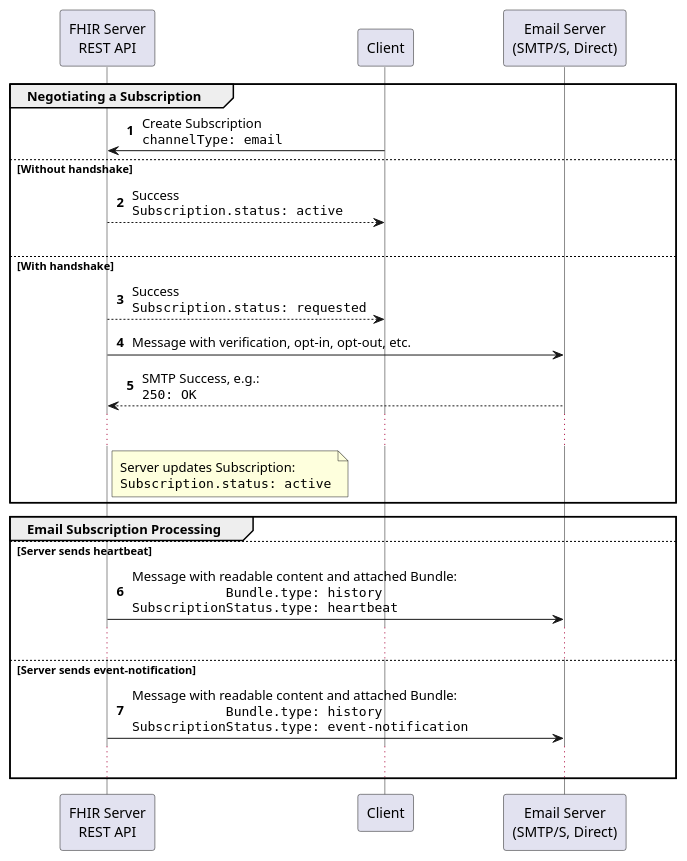
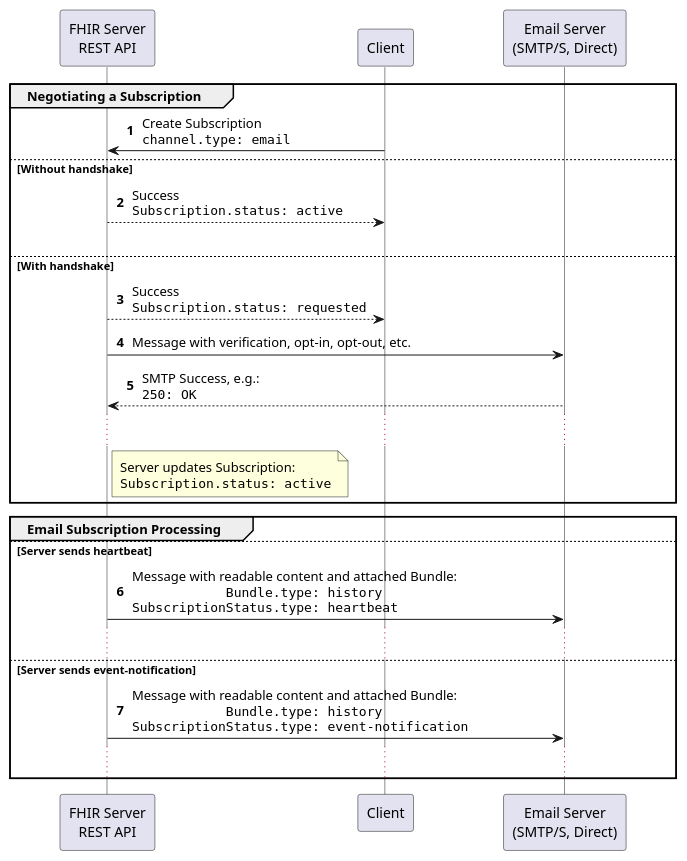
Before and after one commit to HL7/fhir-subscription-backport-ig: the diagram in input/images-source/channel-email.plantuml, drawn with PlantUML. The commit also changed 17 other files, not shown here.

```diff
--- a/input/images-source/channel-email.plantuml
+++ b/input/images-source/channel-email.plantuml
@@ -1,42 +1,42 @@
 @startuml
 skinparam NoteTextAlignment left
 skinparam Padding 2
 skinparam ParticipantPadding 40
 skinparam LifelineStrategy solid
 autonumber
 
 participant "FHIR Server\nREST API"     as S
 participant "Client"                    as C
 participant "Email Server\n(SMTP/S, Direct)" as E
 
 
 group Negotiating a Subscription
-  C->S: Create Subscription\n""channelType: email""
+  C->S: Create Subscription\n""channel.type: email""
 else Without handshake
   S-->C: Success\n""Subscription.status: active""
   |||
 else With handshake
   S-->C: Success\n""Subscription.status: requested""
 
   S->E: Message with verification, opt-in, opt-out, etc.
   return SMTP Success, e.g.:\n""250: OK""
 
   ...
 
   note right of S
     Server updates Subscription:
     ""Subscription.status: active""
   end note
 
 end
 
 group Email Subscription Processing
 else Server sends heartbeat
     S->E: Message with readable content and attached Bundle:\n""            Bundle.type: history""\n""SubscriptionStatus.type: heartbeat""
     ...
 else Server sends event-notification
     S->E: Message with readable content and attached Bundle:\n""            Bundle.type: history""\n""SubscriptionStatus.type: event-notification""
     ...
 end
 
 @enduml
```
